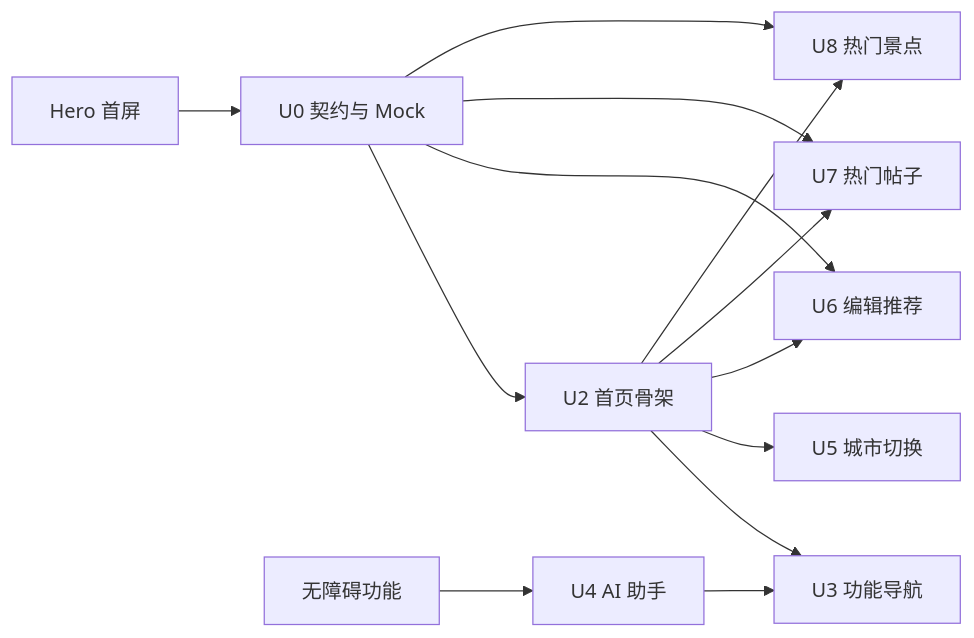
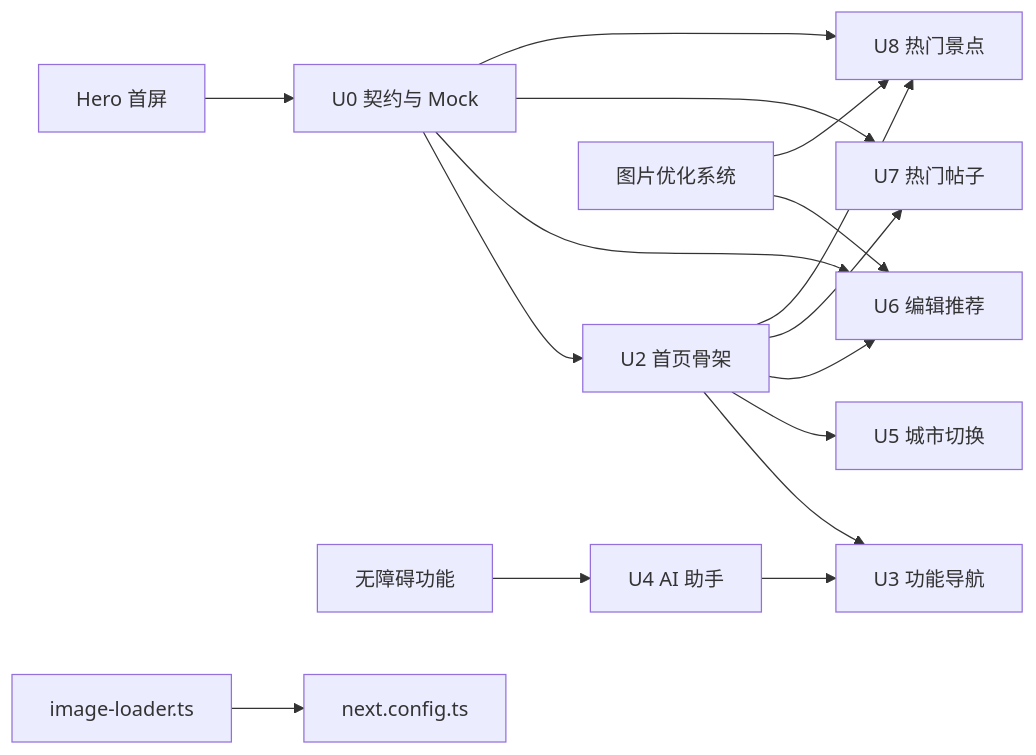
Diagram 12 of 12 in .qoder/repowiki/zh/content/规格驱动开发/WanderChain 首页规格文档.md (luyitiger6/my-first-project), drawn with Mermaid before and after one commit. The commit also changed other lines of this file and 32 other files, not shown here.

````diff
--- a/.qoder/repowiki/zh/content/规格驱动开发/WanderChain 首页规格文档.md
+++ b/.qoder/repowiki/zh/content/规格驱动开发/WanderChain 首页规格文档.md
@@ -399,15 +489,18 @@
 ```mermaid
 graph LR
 U0["U0 契约与 Mock"] --> U2["U2 首页骨架"]
 U0 --> U6["U6 编辑推荐"]
 U0 --> U7["U7 热门帖子"]
 U0 --> U8["U8 热门景点"]
 U4["U4 AI 助手"] --> U3["U3 功能导航"]
 U2 --> U3
 U2 --> U5["U5 城市切换"]
 U2 --> U6
 U2 --> U7
 U2 --> U8
 Hero["Hero 首屏"] --> U0
 Accessibility["无障碍功能"] --> U4
+ImageOpt["图片优化系统"] --> U6
+ImageOpt --> U8
+Loader["image-loader.ts"] --> Config["next.config.ts"]
 ```
````
